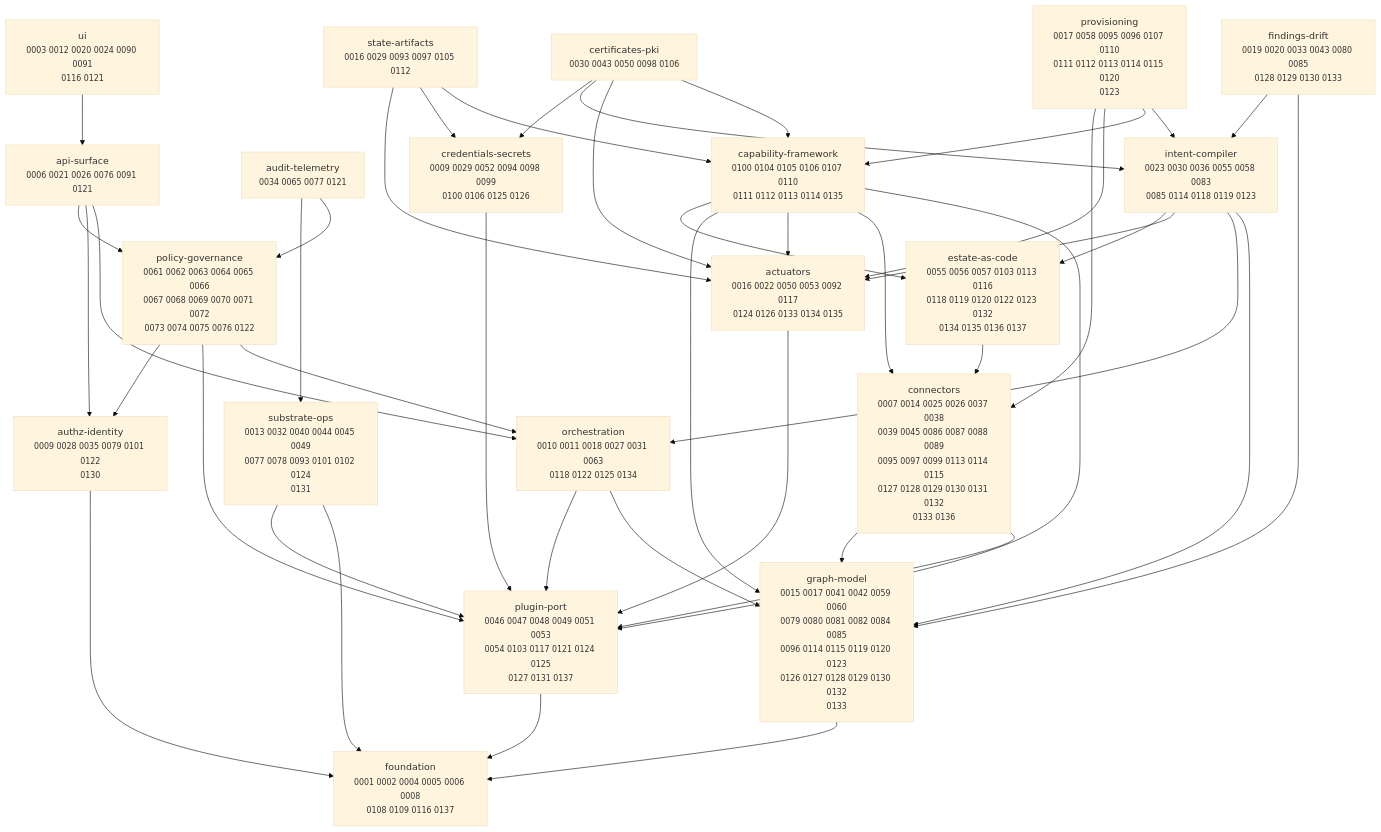
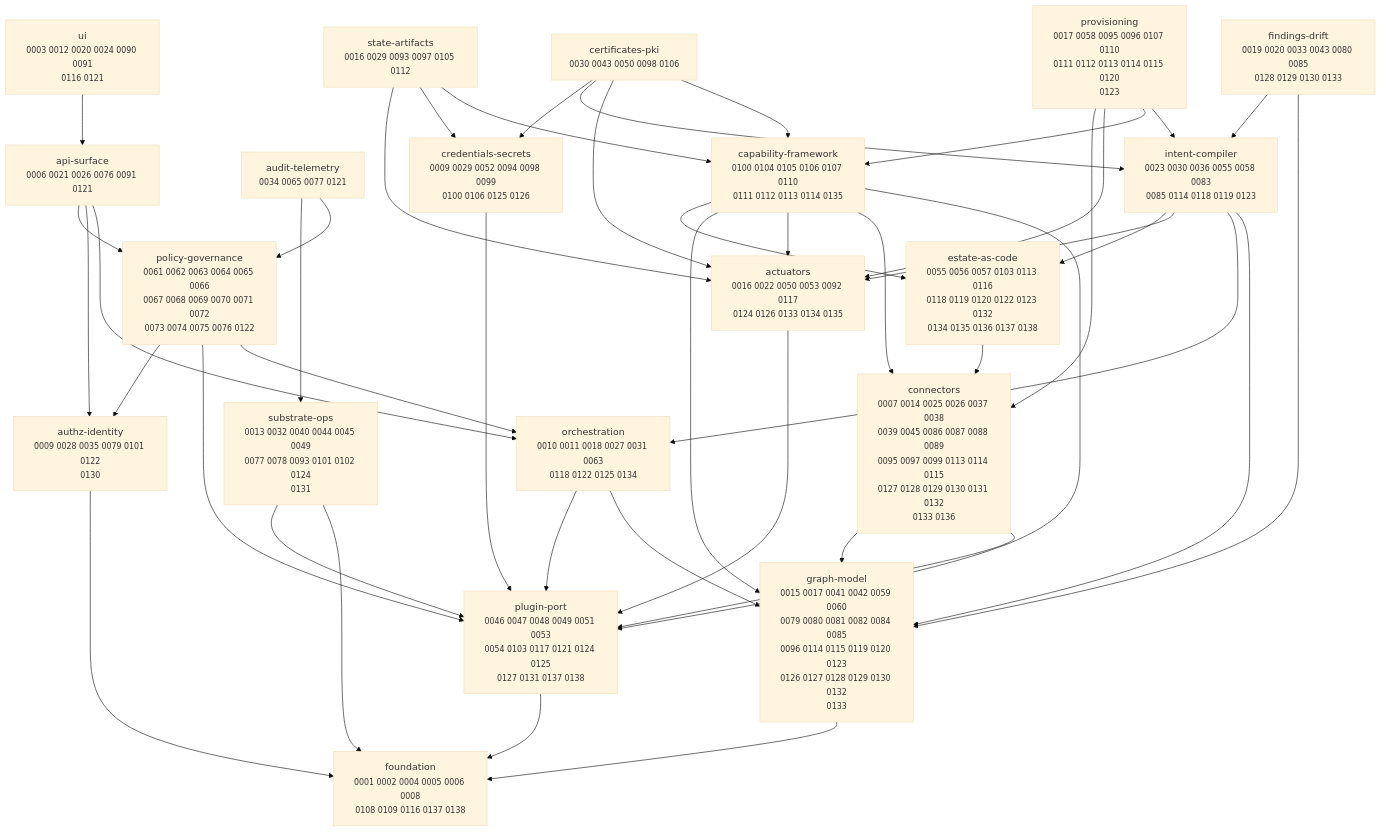
Before and after one commit to dstout-devops/stratt: the diagram in docs/adr/MAP.md, drawn with Mermaid (base theme). The commit also changed other lines of this file and 4 other files, not shown here.

````diff
--- a/docs/adr/MAP.md
+++ b/docs/adr/MAP.md
@@ -11,67 +11,67 @@
 ```mermaid
 graph TD
   actuators["actuators<br/><small>0016 0022 0050 0053 0092 0117<br/>0124 0126 0133 0134 0135</small>"]
   api_surface["api-surface<br/><small>0006 0021 0026 0076 0091 0121</small>"]
   audit_telemetry["audit-telemetry<br/><small>0034 0065 0077 0121</small>"]
   authz_identity["authz-identity<br/><small>0009 0028 0035 0079 0101 0122<br/>0130</small>"]
   capability_framework["capability-framework<br/><small>0100 0104 0105 0106 0107 0110<br/>0111 0112 0113 0114 0135</small>"]
   certificates_pki["certificates-pki<br/><small>0030 0043 0050 0098 0106</small>"]
   connectors["connectors<br/><small>0007 0014 0025 0026 0037 0038<br/>0039 0045 0086 0087 0088 0089<br/>0095 0097 0099 0113 0114 0115<br/>0127 0128 0129 0130 0131 0132<br/>0133 0136</small>"]
   credentials_secrets["credentials-secrets<br/><small>0009 0029 0052 0094 0098 0099<br/>0100 0106 0125 0126</small>"]
-  estate_as_code["estate-as-code<br/><small>0055 0056 0057 0103 0113 0116<br/>0118 0119 0120 0122 0123 0132<br/>0134 0135 0136 0137</small>"]
+  estate_as_code["estate-as-code<br/><small>0055 0056 0057 0103 0113 0116<br/>0118 0119 0120 0122 0123 0132<br/>0134 0135 0136 0137 0138</small>"]
   findings_drift["findings-drift<br/><small>0019 0020 0033 0043 0080 0085<br/>0128 0129 0130 0133</small>"]
-  foundation["foundation<br/><small>0001 0002 0004 0005 0006 0008<br/>0108 0109 0116 0137</small>"]
+  foundation["foundation<br/><small>0001 0002 0004 0005 0006 0008<br/>0108 0109 0116 0137 0138</small>"]
   graph_model["graph-model<br/><small>0015 0017 0041 0042 0059 0060<br/>0079 0080 0081 0082 0084 0085<br/>0096 0114 0115 0119 0120 0123<br/>0126 0127 0128 0129 0130 0132<br/>0133</small>"]
   intent_compiler["intent-compiler<br/><small>0023 0030 0036 0055 0058 0083<br/>0085 0114 0118 0119 0123</small>"]
   orchestration["orchestration<br/><small>0010 0011 0018 0027 0031 0063<br/>0118 0122 0125 0134</small>"]
-  plugin_port["plugin-port<br/><small>0046 0047 0048 0049 0051 0053<br/>0054 0103 0117 0121 0124 0125<br/>0127 0131 0137</small>"]
+  plugin_port["plugin-port<br/><small>0046 0047 0048 0049 0051 0053<br/>0054 0103 0117 0121 0124 0125<br/>0127 0131 0137 0138</small>"]
   policy_governance["policy-governance<br/><small>0061 0062 0063 0064 0065 0066<br/>0067 0068 0069 0070 0071 0072<br/>0073 0074 0075 0076 0122</small>"]
   provisioning["provisioning<br/><small>0017 0058 0095 0096 0107 0110<br/>0111 0112 0113 0114 0115 0120<br/>0123</small>"]
   state_artifacts["state-artifacts<br/><small>0016 0029 0093 0097 0105 0112</small>"]
   substrate_ops["substrate-ops<br/><small>0013 0032 0040 0044 0045 0049<br/>0077 0078 0093 0101 0102 0124<br/>0131</small>"]
   ui["ui<br/><small>0003 0012 0020 0024 0090 0091<br/>0116 0121</small>"]
 
   actuators --> plugin_port
   api_surface --> orchestration
   api_surface --> authz_identity
   api_surface --> policy_governance
   audit_telemetry --> policy_governance
   audit_telemetry --> substrate_ops
   authz_identity --> foundation
   capability_framework --> plugin_port
   capability_framework --> connectors
   capability_framework --> actuators
   capability_framework --> graph_model
   capability_framework --> estate_as_code
   certificates_pki --> capability_framework
   certificates_pki --> actuators
   certificates_pki --> intent_compiler
   certificates_pki --> credentials_secrets
   connectors --> plugin_port
   connectors --> graph_model
   credentials_secrets --> plugin_port
   estate_as_code --> connectors
   findings_drift --> graph_model
   findings_drift --> intent_compiler
   graph_model --> foundation
   intent_compiler --> graph_model
   intent_compiler --> orchestration
   intent_compiler --> actuators
   intent_compiler --> estate_as_code
   orchestration --> graph_model
   orchestration --> plugin_port
   plugin_port --> foundation
   policy_governance --> orchestration
   policy_governance --> plugin_port
   policy_governance --> authz_identity
   provisioning --> intent_compiler
   provisioning --> capability_framework
   provisioning --> actuators
   provisioning --> connectors
   state_artifacts --> capability_framework
   state_artifacts --> credentials_secrets
   state_artifacts --> actuators
   substrate_ops --> foundation
   substrate_ops --> plugin_port
   ui --> api_surface
 ```
````
